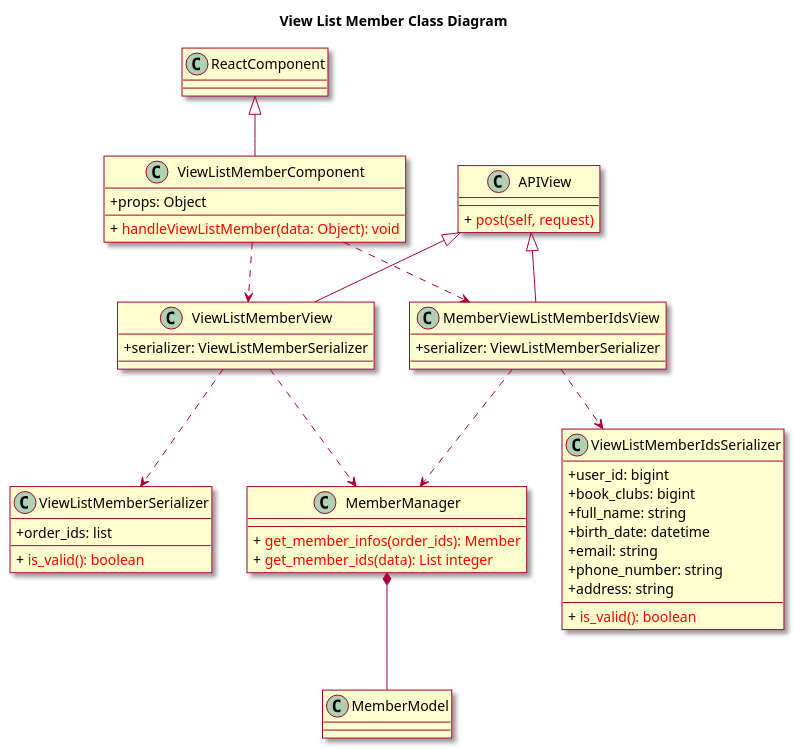
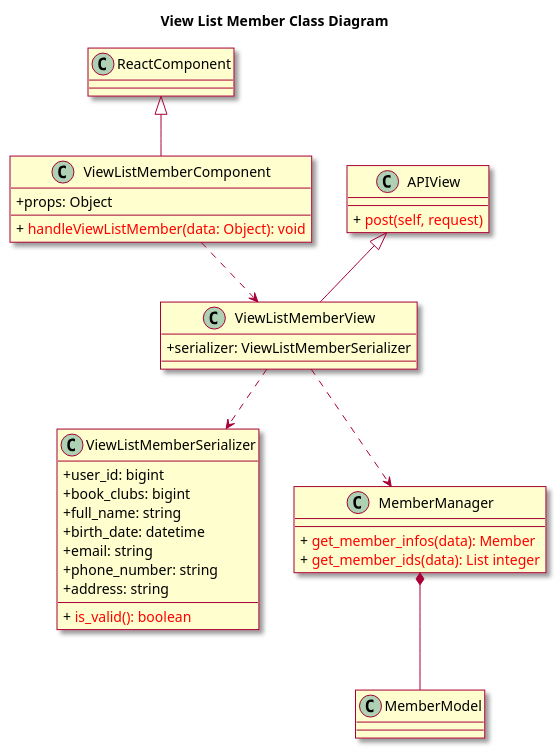
One commit to ljttl3q04t/Book-Over-There changed the diagram in uml/022-class-view-list-member.wsd. Above: the diagram before and after it, drawn with PlantUML. The commit also changed 5 other files, not shown here.

```diff
--- a/uml/022-class-view-list-member.wsd
+++ b/uml/022-class-view-list-member.wsd
@@ -1,59 +1,48 @@
 @startuml
 skin rose
 skinparam classAttributeIconSize 0
 
 title View List Member Class Diagram
 class ReactComponent
 
 class ViewListMemberComponent {
 	+ props: Object
 	+ {method} <color:red> handleViewListMember(data: Object): void
 }
 
 class ViewListMemberView {
 	+ serializer: ViewListMemberSerializer
 }
 
-class MemberViewListMemberIdsView {
-	+ serializer: ViewListMemberSerializer
-}
 
 class APIView {
 	+ {method} <color:red> post(self, request)
 }
 
 class ViewListMemberSerializer {
-	+  order_ids: list
-	+ {method} <color:red> is_valid(): boolean
-}
-class ViewListMemberIdsSerializer {
 	+ user_id: bigint
     + book_clubs: bigint
     + full_name: string
     + birth_date: datetime 
     + email: string
     + phone_number: string
     + address: string
 	+ {method} <color:red> is_valid(): boolean
 }
 class MemberManager {
-	+ {method} <color:red> get_member_infos(order_ids): Member
+	+ {method} <color:red> get_member_infos(data): Member
 	+ {method} <color:red> get_member_ids(data): List integer
 }
 
 class MemberModel {
 }
 
 
 ReactComponent <|-- ViewListMemberComponent
 APIView <|-- ViewListMemberView
-APIView <|-- MemberViewListMemberIdsView
 ViewListMemberComponent ..> ViewListMemberView
-ViewListMemberComponent ..> MemberViewListMemberIdsView
-MemberViewListMemberIdsView ..> ViewListMemberIdsSerializer
-MemberViewListMemberIdsView ..> MemberManager
 ViewListMemberView ..> ViewListMemberSerializer
 ViewListMemberView ..> MemberManager
 MemberManager *-- MemberModel
 
 @enduml
```
